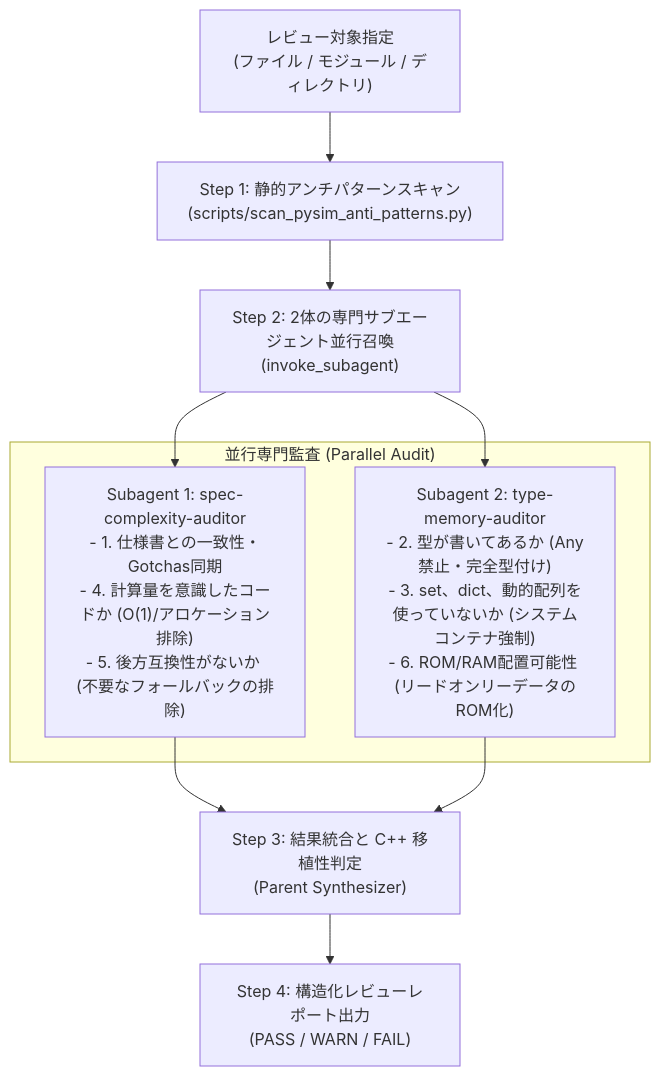
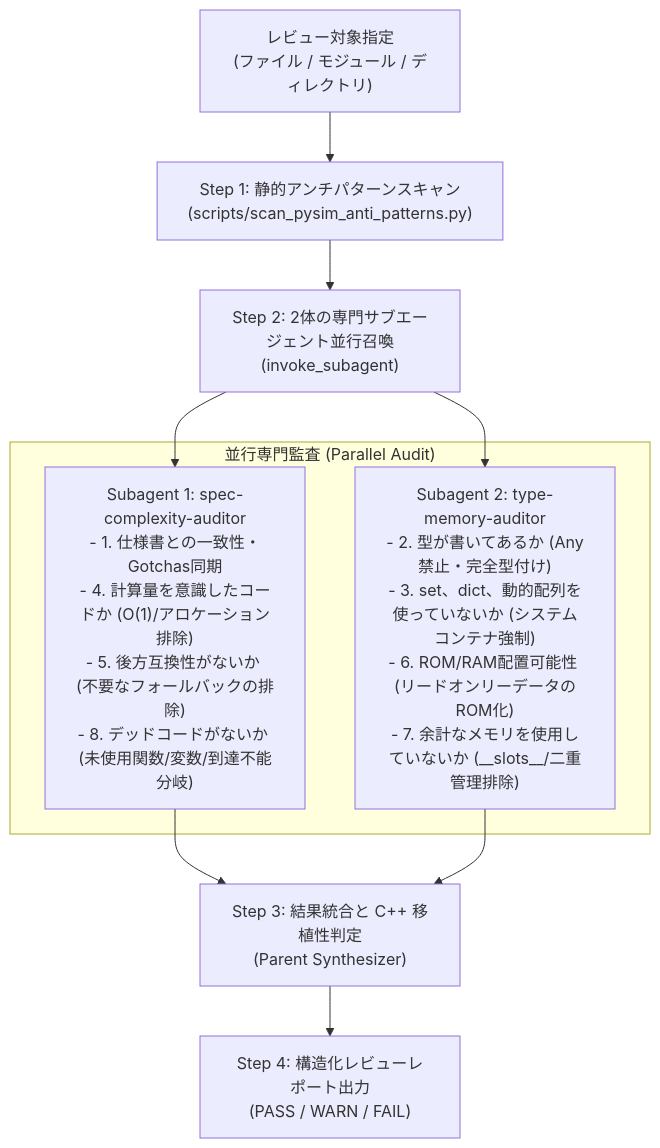
Before and after one commit to kmt-t/fireball: the diagram in .agents/skills/pysim-review/SKILL.md, drawn with Mermaid. The commit also changed other lines of this file and 4 other files, not shown here.

````diff
--- a/.agents/skills/pysim-review/SKILL.md
+++ b/.agents/skills/pysim-review/SKILL.md
@@ -12,16 +12,16 @@
 ```mermaid
 graph TD
     Target["レビュー対象指定<br/>(ファイル / モジュール / ディレクトリ)"] --> Step1["Step 1: 静的アンチパターンスキャン<br/>(scripts/scan_pysim_anti_patterns.py)"]
     Step1 --> Step2["Step 2: 2体の専門サブエージェント並行召喚<br/>(invoke_subagent)"]
 
     subgraph ParallelAudit["並行専門監査 (Parallel Audit)"]
-        A1["Subagent 1: spec-complexity-auditor<br/>- 1. 仕様書との一致性・Gotchas同期<br/>- 4. 計算量を意識したコードか (O(1)/アロケーション排除)<br/>- 5. 後方互換性がないか (不要なフォールバックの排除)"]
-        A2["Subagent 2: type-memory-auditor<br/>- 2. 型が書いてあるか (Any禁止・完全型付け)<br/>- 3. set、dict、動的配列を使っていないか (システムコンテナ強制)<br/>- 6. ROM/RAM配置可能性 (リードオンリーデータのROM化)"]
+        A1["Subagent 1: spec-complexity-auditor<br/>- 1. 仕様書との一致性・Gotchas同期<br/>- 4. 計算量を意識したコードか (O(1)/アロケーション排除)<br/>- 5. 後方互換性がないか (不要なフォールバックの排除)<br/>- 8. デッドコードがないか (未使用関数/変数/到達不能分岐)"]
+        A2["Subagent 2: type-memory-auditor<br/>- 2. 型が書いてあるか (Any禁止・完全型付け)<br/>- 3. set、dict、動的配列を使っていないか (システムコンテナ強制)<br/>- 6. ROM/RAM配置可能性 (リードオンリーデータのROM化)<br/>- 7. 余計なメモリを使用していないか (__slots__/二重管理排除)"]
     end
 
     Step2 --> A1
     Step2 --> A2
     A1 --> Step3["Step 3: 結果統合と C++ 移植性判定<br/>(Parent Synthesizer)"]
     A2 --> Step3
     Step3 --> Output["Step 4: 構造化レビューレポート出力<br/>(PASS / WARN / FAIL)"]
 ```
````
